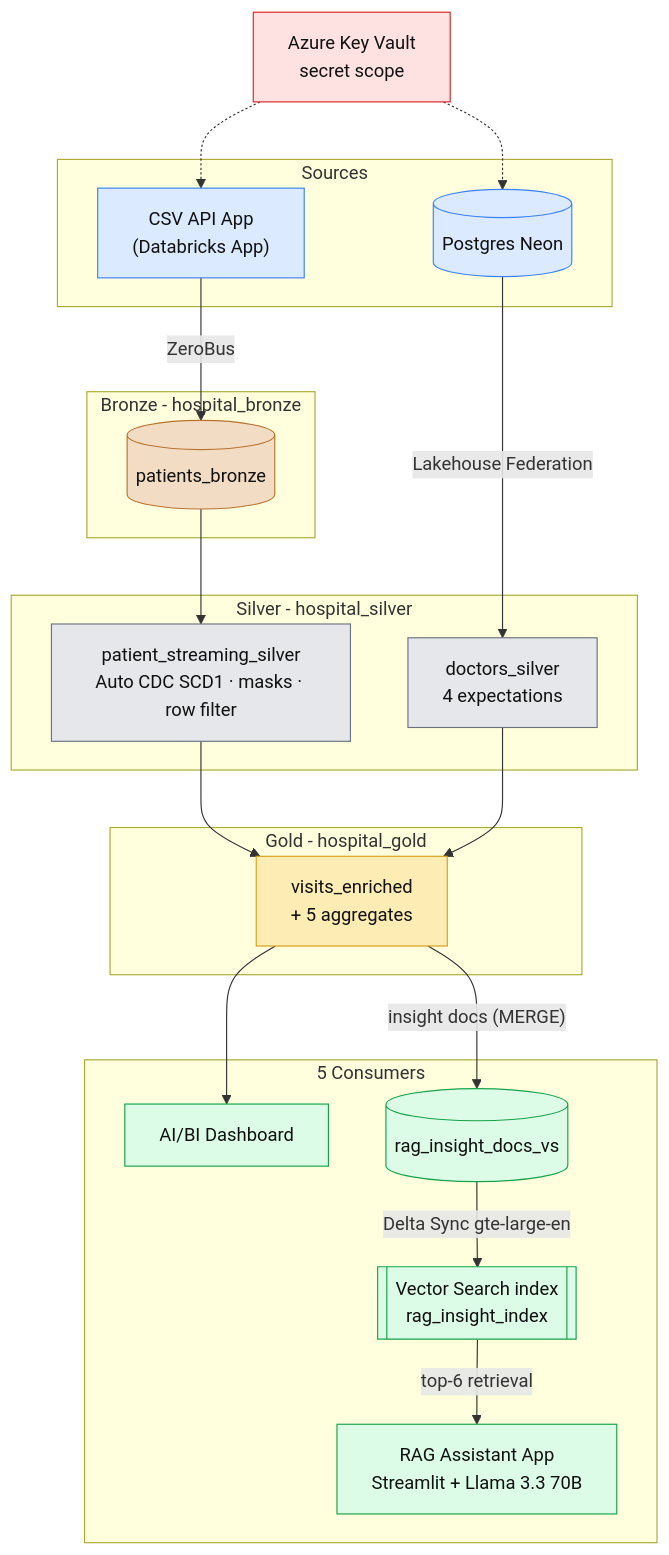
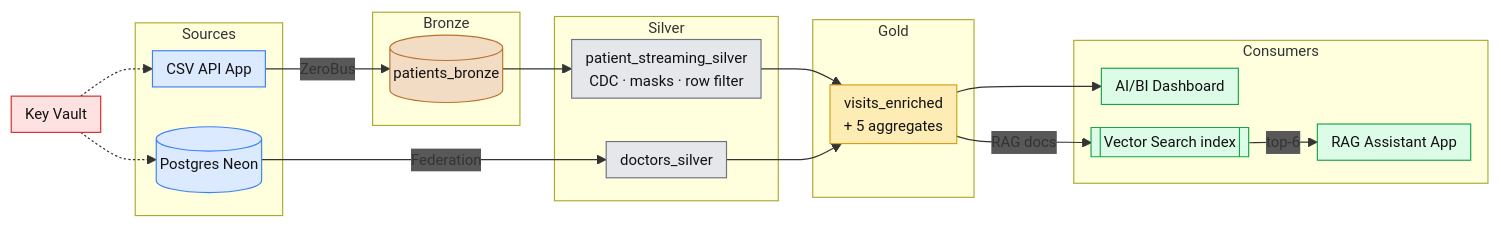
The diagram in README.md (l3chster/MedFlow_Lakehouse), drawn with Mermaid before and after one commit.

Commit message:
new diagram

````diff
--- a/README.md
+++ b/README.md
@@ -17,52 +17,51 @@
 ```mermaid
-flowchart TB
-    KV[" Azure Key Vault<br/>secret scope"]
+%%{init: {"flowchart": {"nodeSpacing": 20, "rankSpacing": 30, "padding": 6}, "themeVariables": {"fontSize": "13px", "edgeLabelBackground": "#585858"}, "themeCSS": ".edgeLabel p, .edgeLabel span, .labelBkg { background-color: #585858 !important; color: #ffffff !important; } .edgeLabel rect { fill: #585858 !important; opacity: 1 !important; }"}}%%
+flowchart LR
+    KV["Key Vault"]
 
-    subgraph SRC["  Sources"]
-        A["CSV API App<br/>(Databricks App)"]
-        P[("Postgres  Neon")]
+    subgraph SRC["Sources"]
+        A["CSV API App"]
+        P[("Postgres Neon")]
     end
 
-    subgraph BRZ["   Bronze - hospital_bronze"]
+    subgraph BRZ["Bronze"]
         B1[("patients_bronze")]
     end
 
-    subgraph SLV["  Silver - hospital_silver"]
-        S1["patient_streaming_silver<br/>Auto CDC SCD1 · masks · row filter"]
-        S2["doctors_silver<br/>4 expectations"]
+    subgraph SLV["Silver"]
+        S1["patient_streaming_silver<br/>CDC · masks · row filter"]
+        S2["doctors_silver"]
     end
 
-    subgraph GLD["  Gold - hospital_gold"]
+    subgraph GLD["Gold"]
         G["visits_enriched<br/>+ 5 aggregates"]
     end
 
-    subgraph USE["5  Consumers"]
-        DB[" AI/BI Dashboard"]
-        D[("rag_insight_docs_vs")]
-        V[["Vector Search index<br/>rag_insight_index"]]
-        R[" RAG Assistant App<br/>Streamlit + Llama 3.3 70B"]
+    subgraph USE["Consumers"]
+        DB["AI/BI Dashboard"]
+        V[["Vector Search index"]]
+        R["RAG Assistant App"]
     end
 
     KV -.-> A & P
     A -->|ZeroBus| B1
-    P -->|Lakehouse Federation| S2
+    P -->|Federation| S2
     B1 --> S1
     S1 & S2 --> G
     G --> DB
-    G -->|"insight docs (MERGE)"| D
-    D -->|"Delta Sync  gte-large-en"| V
-    V -->|"top-6 retrieval"| R
+    G -->|RAG docs| V
+    V -->|top-6| R
 
     classDef src fill:#dbeafe,stroke:#3b82f6,color:#111
     classDef bronze fill:#f3dcc4,stroke:#b8732e,color:#111
     classDef silver fill:#e5e7eb,stroke:#6b7280,color:#111
     classDef gold fill:#fdecb3,stroke:#d4a017,color:#111
     classDef use fill:#dcfce7,stroke:#16a34a,color:#111
     classDef sec fill:#fee2e2,stroke:#dc2626,color:#111
     class A,P src
     class B1 bronze
     class S1,S2 silver
     class G gold
-    class DB,D,V,R use
+    class DB,V,R use
     class KV sec
 ```
````
